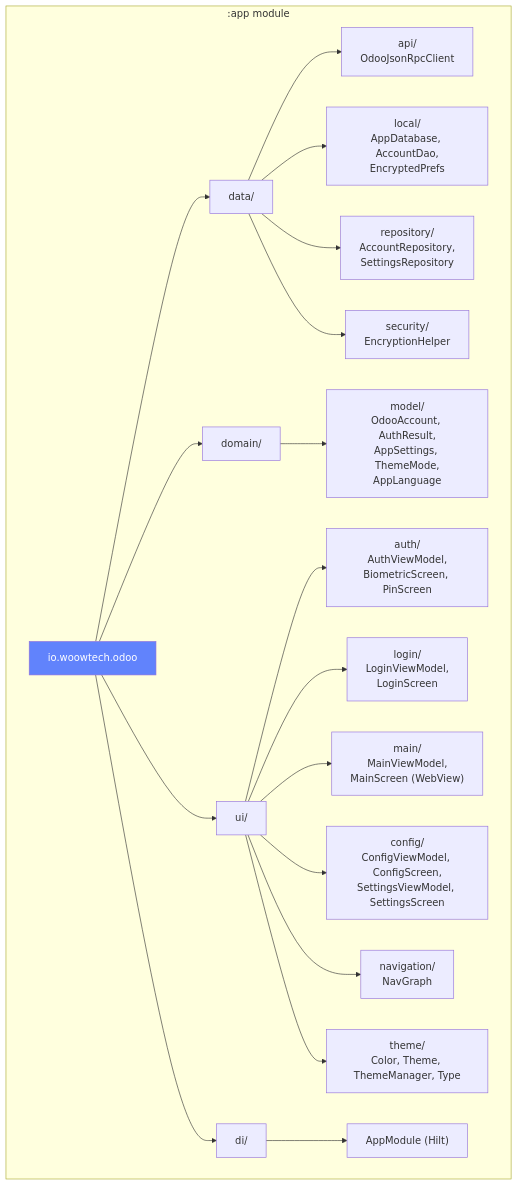
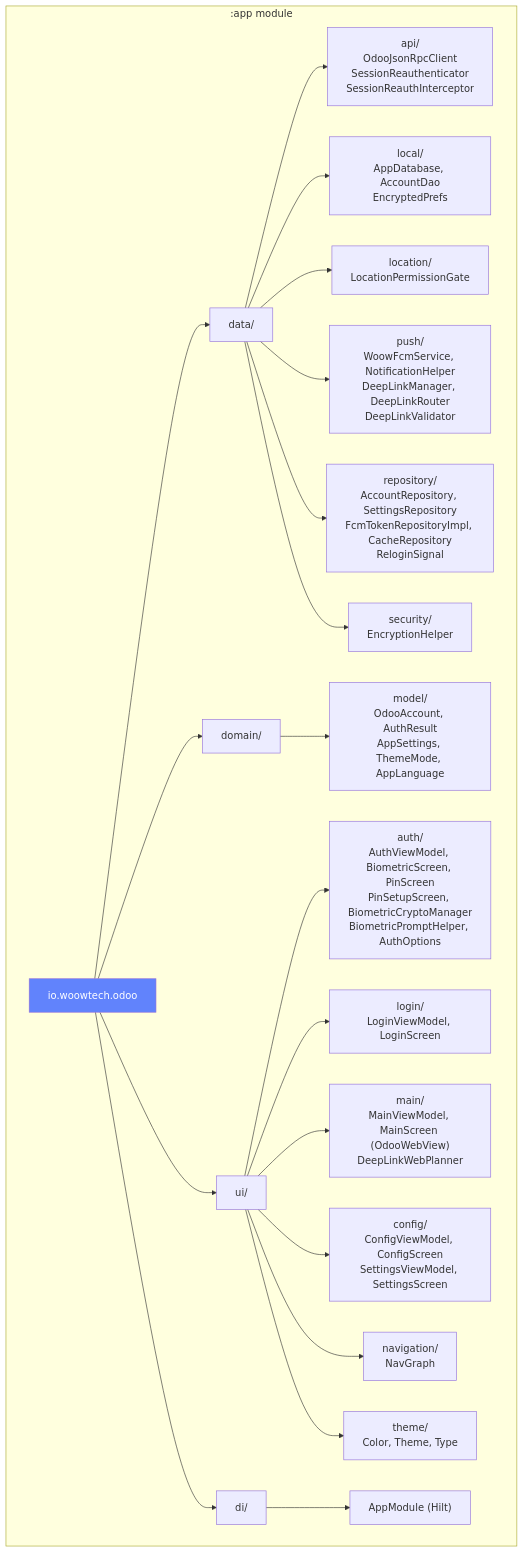
The third of 22 diagrams in docs/architecture-overview.md (WOOWTECH/Woow_odoo_app), drawn with Mermaid before and after one commit. The commit also changed other lines of this file, not shown here.

First line of the commit message:
docs(arch): merge v1.4.1 architecture rewrite with audited legacy sections

````diff
--- a/docs/architecture-overview.md
+++ b/docs/architecture-overview.md
@@ -182,29 +205,31 @@
 ```mermaid
 graph TD
     subgraph ":app module"
         ROOT["io.woowtech.odoo"]
 
         ROOT --> DATA["data/"]
         ROOT --> DOMAIN["domain/"]
         ROOT --> UI["ui/"]
         ROOT --> DI["di/"]
 
-        DATA --> API["api/<br/>OdooJsonRpcClient"]
-        DATA --> LOCAL["local/<br/>AppDatabase, AccountDao,<br/>EncryptedPrefs"]
-        DATA --> REPO["repository/<br/>AccountRepository,<br/>SettingsRepository"]
+        DATA --> API["api/<br/>OdooJsonRpcClient<br/>SessionReauthenticator<br/>SessionReauthInterceptor"]
+        DATA --> LOCAL["local/<br/>AppDatabase, AccountDao<br/>EncryptedPrefs"]
+        DATA --> LOCATION["location/<br/>LocationPermissionGate"]
+        DATA --> PUSH["push/<br/>WoowFcmService, NotificationHelper<br/>DeepLinkManager, DeepLinkRouter<br/>DeepLinkValidator"]
+        DATA --> REPO["repository/<br/>AccountRepository, SettingsRepository<br/>FcmTokenRepositoryImpl, CacheRepository<br/>ReloginSignal"]
         DATA --> SEC["security/<br/>EncryptionHelper"]
 
-        DOMAIN --> MODEL["model/<br/>OdooAccount, AuthResult,<br/>AppSettings, ThemeMode,<br/>AppLanguage"]
+        DOMAIN --> MODEL["model/<br/>OdooAccount, AuthResult<br/>AppSettings, ThemeMode, AppLanguage"]
 
-        UI --> AUTH_UI["auth/<br/>AuthViewModel,<br/>BiometricScreen, PinScreen"]
-        UI --> LOGIN_UI["login/<br/>LoginViewModel,<br/>LoginScreen"]
-        UI --> MAIN_UI["main/<br/>MainViewModel,<br/>MainScreen (WebView)"]
-        UI --> CONFIG_UI["config/<br/>ConfigViewModel, ConfigScreen,<br/>SettingsViewModel, SettingsScreen"]
+        UI --> AUTH_UI["auth/<br/>AuthViewModel, BiometricScreen, PinScreen<br/>PinSetupScreen, BiometricCryptoManager<br/>BiometricPromptHelper, AuthOptions"]
+        UI --> LOGIN_UI["login/<br/>LoginViewModel, LoginScreen"]
+        UI --> MAIN_UI["main/<br/>MainViewModel, MainScreen (OdooWebView)<br/>DeepLinkWebPlanner"]
+        UI --> CONFIG_UI["config/<br/>ConfigViewModel, ConfigScreen<br/>SettingsViewModel, SettingsScreen"]
         UI --> NAV_UI["navigation/<br/>NavGraph"]
-        UI --> THEME_UI["theme/<br/>Color, Theme, ThemeManager, Type"]
+        UI --> THEME_UI["theme/<br/>Color, Theme, Type"]
 
         DI --> APPMOD["AppModule (Hilt)"]
     end
 
     style ROOT fill:#6183FC,color:#fff
 ```
````
